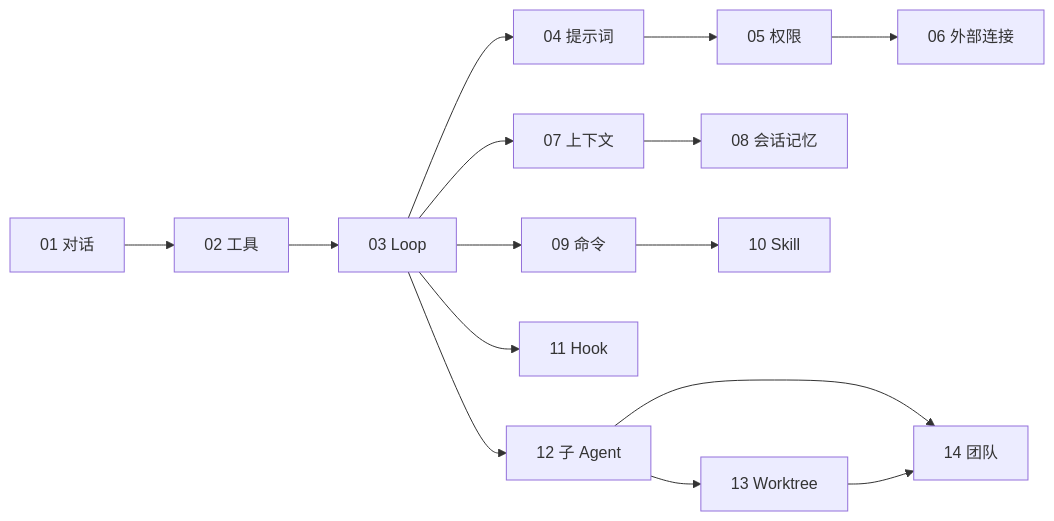
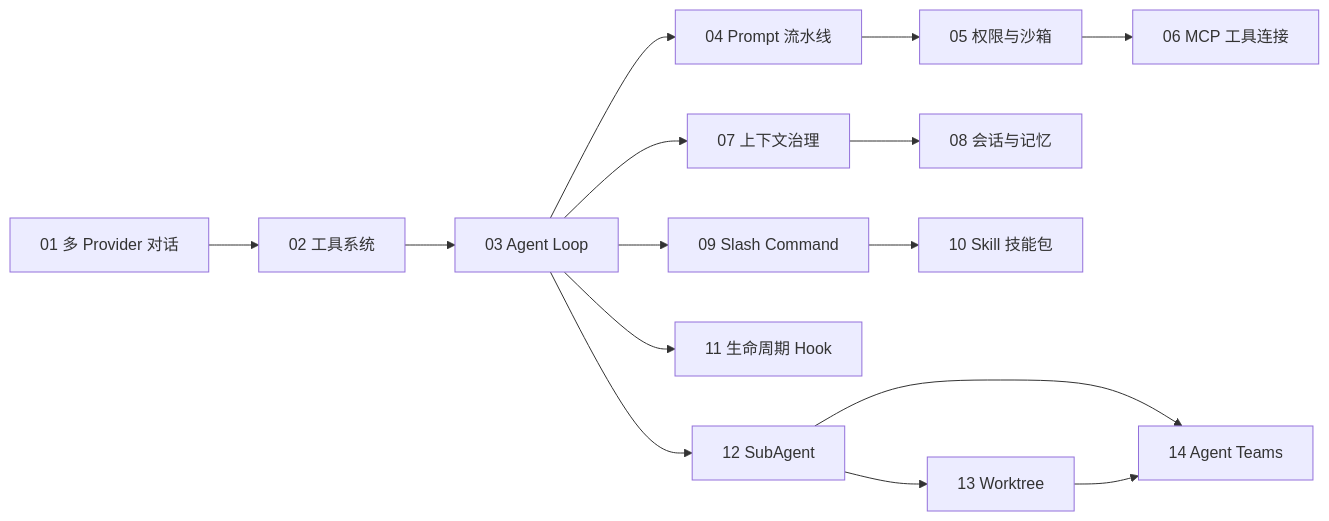
The third of 3 diagrams in docs-zh/project_roadmap.md (seaFall98/SeaCode), drawn with Mermaid before and after one commit. The commit also changed other lines of this file and 10 other files, not shown here.

````diff
--- a/docs-zh/project_roadmap.md
+++ b/docs-zh/project_roadmap.md
@@ -89,17 +70,17 @@
 ```mermaid
 flowchart LR
-    M01[01 对话] --> M02[02 工具]
-    M02 --> M03[03 Loop]
-    M03 --> M04[04 提示词]
-    M04 --> M05[05 权限]
-    M05 --> M06[06 外部连接]
-    M03 --> M07[07 上下文]
-    M07 --> M08[08 会话记忆]
-    M03 --> M09[09 命令]
-    M09 --> M10[10 Skill]
-    M03 --> M11[11 Hook]
-    M03 --> M12[12 子 Agent]
+    M01[01 多 Provider 对话] --> M02[02 工具系统]
+    M02 --> M03[03 Agent Loop]
+    M03 --> M04[04 Prompt 流水线]
+    M04 --> M05[05 权限与沙箱]
+    M05 --> M06[06 MCP 工具连接]
+    M03 --> M07[07 上下文治理]
+    M07 --> M08[08 会话与记忆]
+    M03 --> M09[09 Slash Command]
+    M09 --> M10[10 Skill 技能包]
+    M03 --> M11[11 生命周期 Hook]
+    M03 --> M12[12 SubAgent]
     M12 --> M13[13 Worktree]
-    M12 --> M14[14 团队]
+    M12 --> M14[14 Agent Teams]
     M13 --> M14
 ```
````
